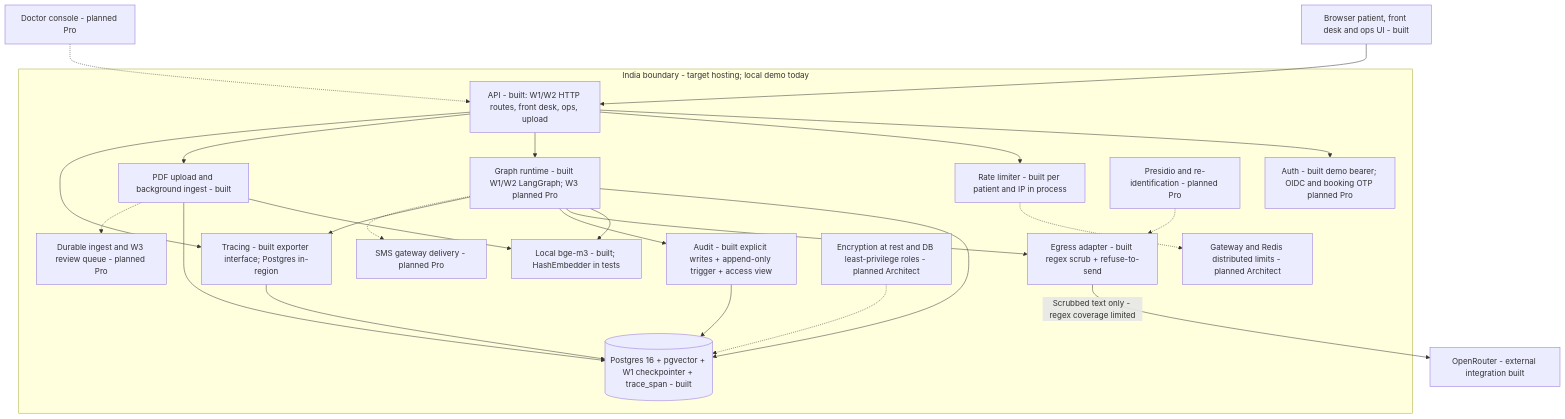
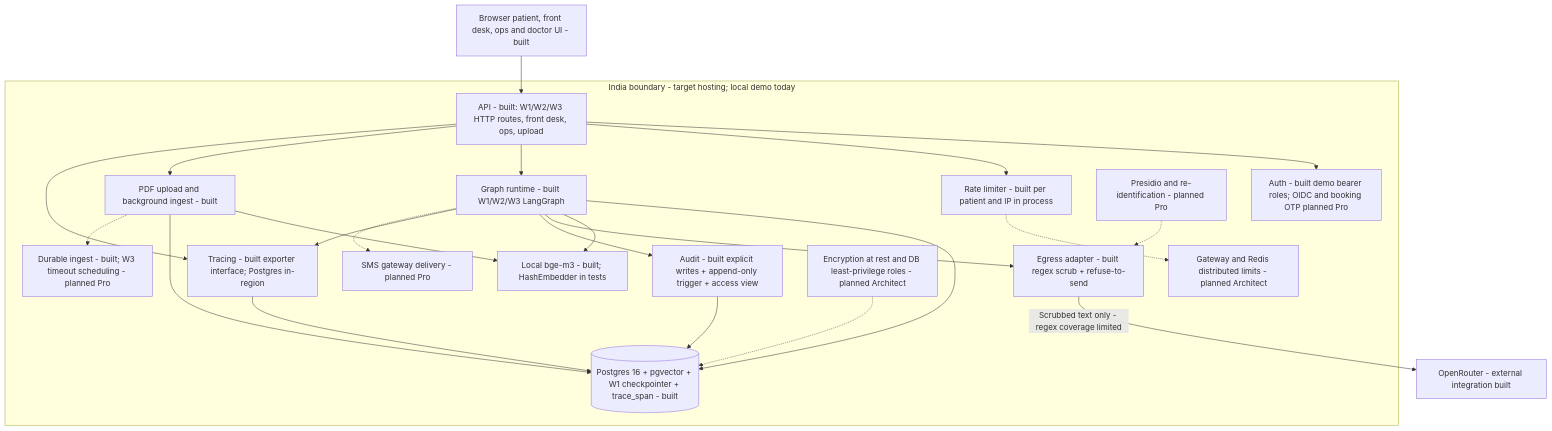
The diagram in docs/diagrams/container.md (akilakuppuswamy1/Sahyog_care), drawn with Mermaid before and after one commit. The commit also changed 33 other files, not shown here.

Commit message:
Pro-4: W3 doctor console + API, W3 eval set and runner, ops review tile, report and cost rows

````diff
--- a/docs/diagrams/container.md
+++ b/docs/diagrams/container.md
@@ -7,42 +7,41 @@
 ```mermaid
 flowchart TB
-    UI[Browser patient, front desk and ops UI - built] --> API
-    DC[Doctor console - planned Pro] -.-> API
+    UI[Browser patient, front desk, ops and doctor UI - built] --> API
     subgraph India[India boundary - target hosting; local demo today]
-        API[API - built: W1/W2 HTTP routes, front desk, ops, upload]
-        AUTH[Auth - built demo bearer; OIDC and booking OTP planned Pro]
+        API[API - built: W1/W2/W3 HTTP routes, front desk, ops, upload]
+        AUTH[Auth - built demo bearer roles; OIDC and booking OTP planned Pro]
         RL[Rate limiter - built per patient and IP in process]
-        GRAPH[Graph runtime - built W1/W2 LangGraph; W3 planned Pro]
+        GRAPH[Graph runtime - built W1/W2/W3 LangGraph]
         PG[(Postgres 16 + pgvector + W1 checkpointer + trace_span - built)]
         EMB[Local bge-m3 - built; HashEmbedder in tests]
         ING[PDF upload and background ingest - built]
         EG[Egress adapter - built regex scrub + refuse-to-send]
         AUD[Audit - built explicit writes + append-only trigger + access view]
         TRACE[Tracing - built exporter interface; Postgres in-region]
         PHI[Presidio and re-identification - planned Pro]
-        QUEUE[Durable ingest and W3 review queue - planned Pro]
+        QUEUE[Durable ingest - built; W3 timeout scheduling - planned Pro]
         REDIS[Gateway and Redis distributed limits - planned Architect]
         CRYPTO[Encryption at rest and DB least-privilege roles - planned Architect]
         SMS[SMS gateway delivery - planned Pro]
         API --> AUTH
         API --> RL
         API --> GRAPH
         API --> ING
         ING --> EMB
         ING --> PG
         GRAPH --> PG
         GRAPH --> EMB
         GRAPH --> EG
         GRAPH --> AUD
         API --> TRACE
         GRAPH --> TRACE
         TRACE --> PG
         AUD --> PG
         PHI -.-> EG
         ING -.-> QUEUE
         RL -.-> REDIS
         CRYPTO -.-> PG
         GRAPH -.-> SMS
     end
     EG -->|Scrubbed text only - regex coverage limited| OR[OpenRouter - external integration built]
 ```
````
